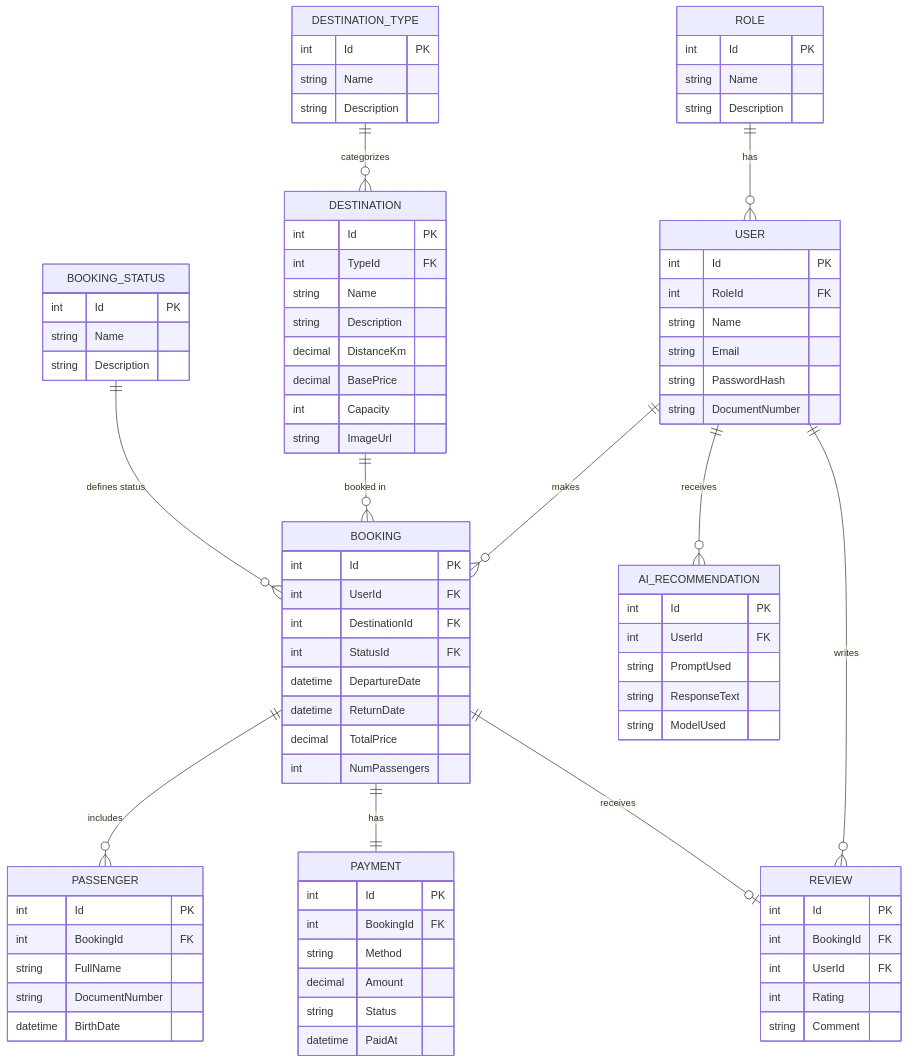
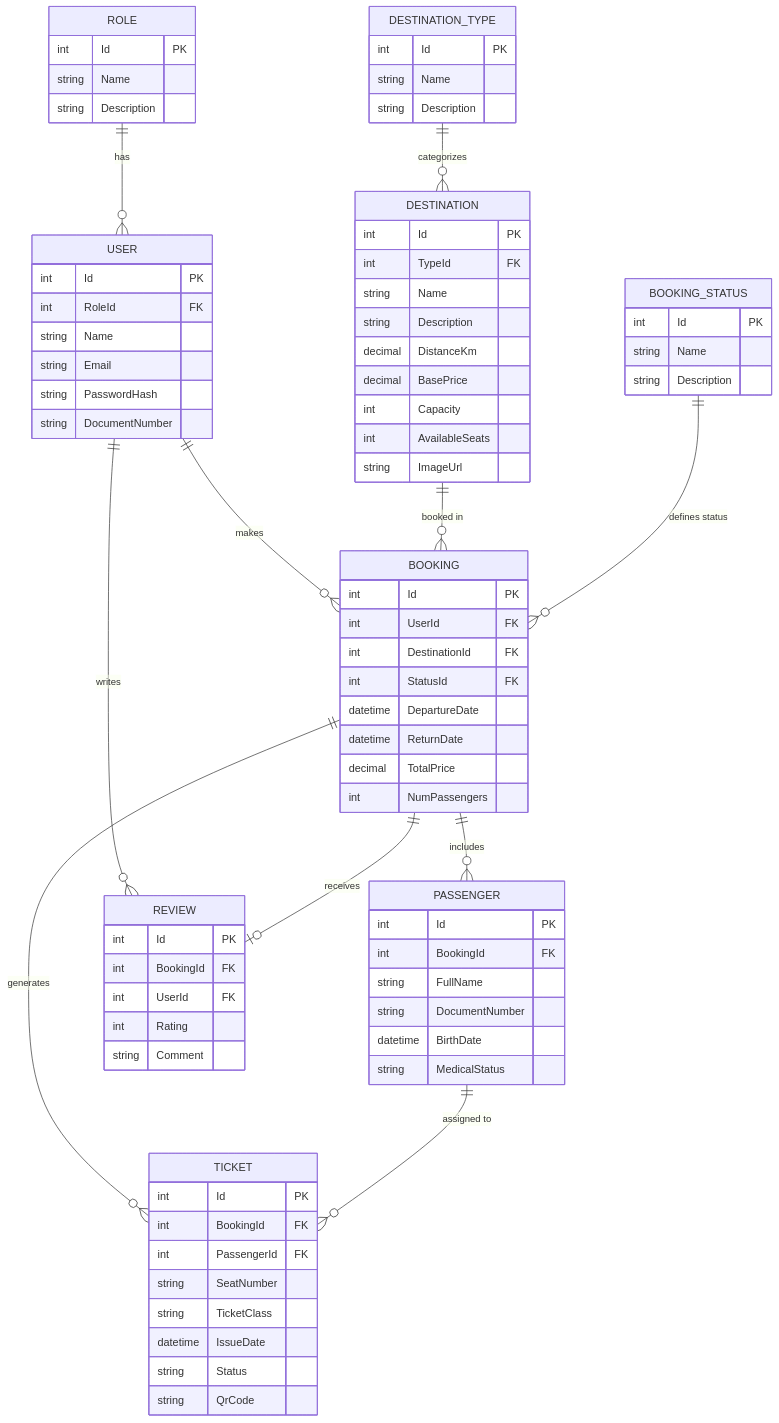
The first of 3 diagrams in README.md (joaoGFG/OrbitBook), drawn with Mermaid before and after one commit. The commit also changed other lines of this file, not shown here.

````diff
--- a/README.md
+++ b/README.md
@@ -140,6 +84,7 @@
         decimal DistanceKm
         decimal BasePrice
         int Capacity
+        int AvailableSeats
         string ImageUrl
     }
     BOOKING_STATUS {
@@ -163,14 +108,17 @@
         string FullName
         string DocumentNumber
         datetime BirthDate
+        string MedicalStatus
     }
-    PAYMENT {
+    TICKET {
         int Id PK
         int BookingId FK
-        string Method
-        decimal Amount
+        int PassengerId FK
+        string SeatNumber
+        string TicketClass
+        datetime IssueDate
         string Status
-        datetime PaidAt
+        string QrCode
     }
     REVIEW {
         int Id PK
@@ -179,22 +127,15 @@
         int Rating
         string Comment
     }
-    AI_RECOMMENDATION {
-        int Id PK
-        int UserId FK
-        string PromptUsed
-        string ResponseText
-        string ModelUsed
-    }
 
     ROLE ||--o{ USER : "has"
     USER ||--o{ BOOKING : "makes"
     USER ||--o{ REVIEW : "writes"
-    USER ||--o{ AI_RECOMMENDATION : "receives"
     DESTINATION_TYPE ||--o{ DESTINATION : "categorizes"
     DESTINATION ||--o{ BOOKING : "booked in"
     BOOKING_STATUS ||--o{ BOOKING : "defines status"
     BOOKING ||--o{ PASSENGER : "includes"
-    BOOKING ||--|| PAYMENT : "has"
+    BOOKING ||--o{ TICKET : "generates"
     BOOKING ||--o| REVIEW : "receives"
+    PASSENGER ||--o{ TICKET : "assigned to"
 ```
````
